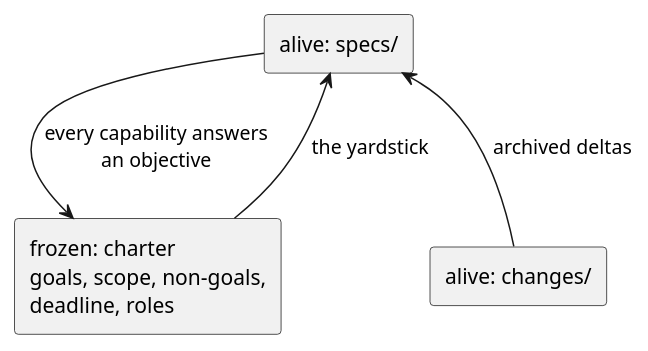
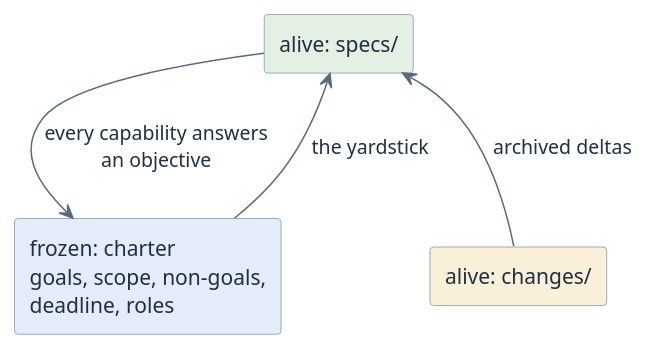
The diagram in modules/sdd-specs-replace-requirements/questions.adoc (htl-leonding-college/curriculum-syp3), drawn with PlantUML before and after one commit. The commit also changed 65 other files, not shown here.

First line of the commit message:
feat(site): give the diagrams a semantic pastel palette

```diff
--- a/modules/sdd-specs-replace-requirements/questions.adoc
+++ b/modules/sdd-specs-replace-requirements/questions.adoc
@@ -55,13 +55,16 @@
 [plantuml,q-frozen-and-alive,svg]
 ----
 @startuml
-skinparam monochrome true
+<style>
+element { BackgroundColor #EDF3FA; LineColor #7C93AD; FontColor #21303F }
+arrow { LineColor #5A6B7D; FontColor #21303F }
+</style>
 skinparam shadowing false
-rectangle "frozen: charter\ngoals, scope, non-goals,\ndeadline, roles" as CH
-rectangle "alive: specs/" as SP
-rectangle "alive: changes/" as CG
+rectangle "frozen: charter\ngoals, scope, non-goals,\ndeadline, roles" as CH #E3ECF8
+rectangle "alive: specs/" as SP #E4F0E4
+rectangle "alive: changes/" as CG #FAF0D9
 CH -right-> SP : the yardstick
 CG -up-> SP : archived deltas
 SP -down-> CH : every capability answers\nan objective
 @enduml
 ----
```
